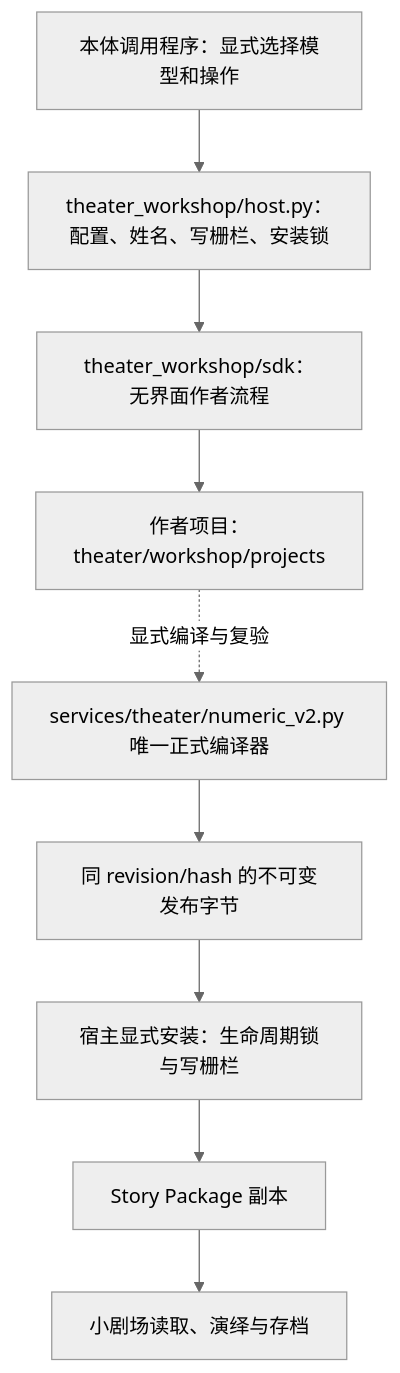
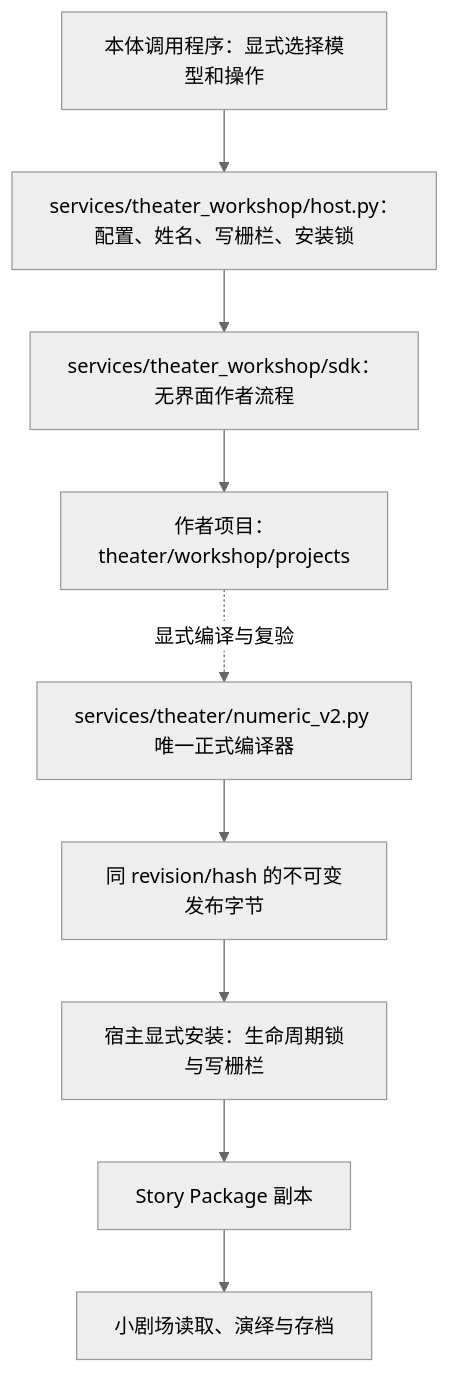
The second of 3 diagrams in docs/design/neko-theater-architecture.md (Krabbypattyl/N.E.K.O), drawn with Mermaid (neutral theme) before and after one commit. The commit also changed other lines of this file and 105 other files, not shown here.

First line of the commit message:
refactor(theater): relocate workshop and preserve prompt review baseline

````diff
--- a/docs/design/neko-theater-architecture.md
+++ b/docs/design/neko-theater-architecture.md
@@ -75,11 +75,11 @@
 ```mermaid
 flowchart TD
-    Caller["本体调用程序：显式选择模型和操作"] --> Host["theater_workshop/host.py：配置、姓名、写栅栏、安装锁"]
-    Host --> SDK["theater_workshop/sdk：无界面作者流程"]
+    Caller["本体调用程序：显式选择模型和操作"] --> Host["services/theater_workshop/host.py：配置、姓名、写栅栏、安装锁"]
+    Host --> SDK["services/theater_workshop/sdk：无界面作者流程"]
     SDK --> Project["作者项目：theater/workshop/projects"]
     Project -. "显式编译与复验" .-> Compiler["services/theater/numeric_v2.py 唯一正式编译器"]
     Compiler --> Candidate["同 revision/hash 的不可变发布字节"]
     Candidate --> Install["宿主显式安装：生命周期锁与写栅栏"]
     Install --> Package["Story Package 副本"]
     Package --> Theater["小剧场读取、演绎与存档"]
 ```
````
